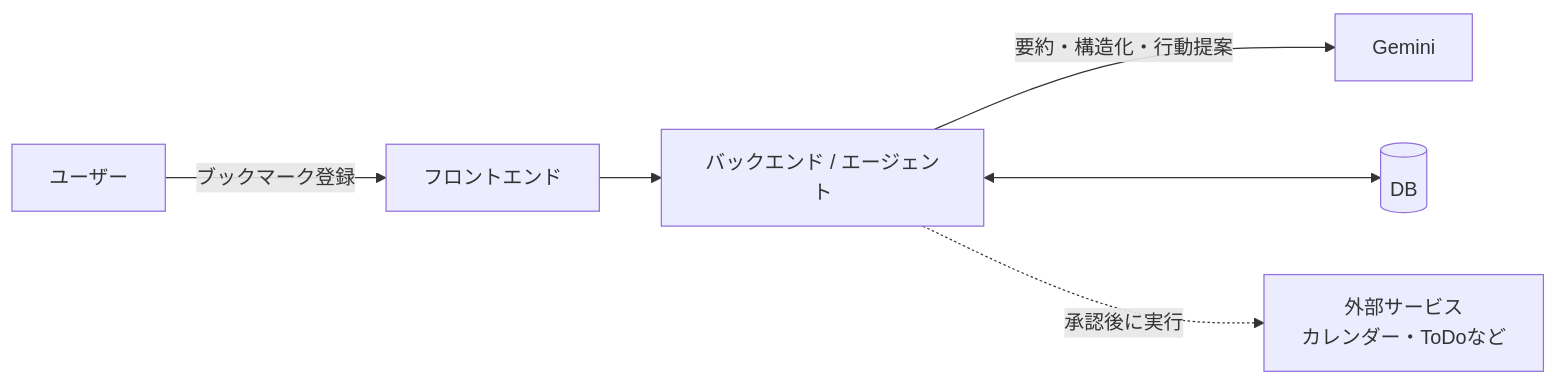
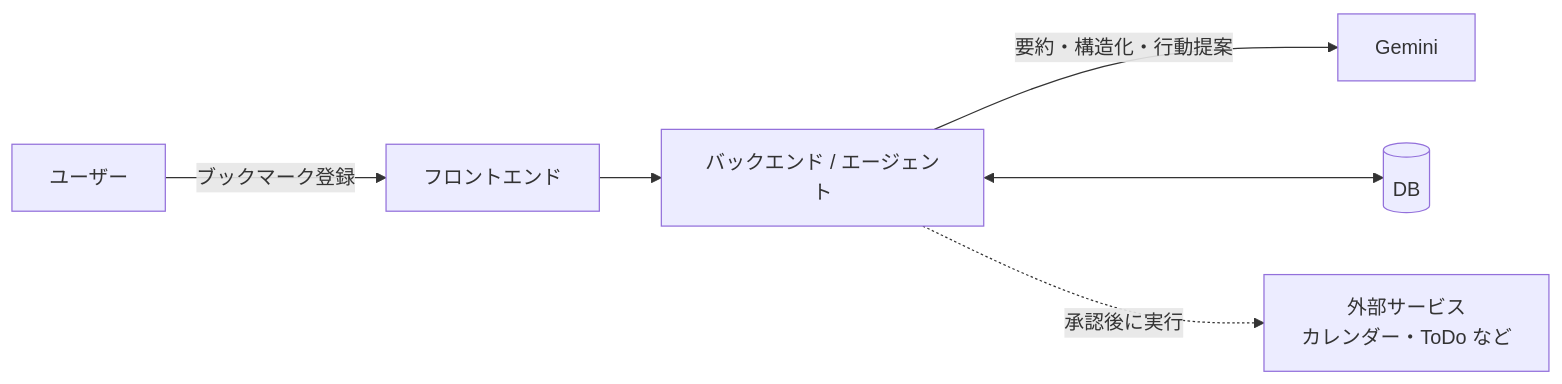
The diagram in docs/architecture.md (Devfest-Hackathon-2026/df-2026-t118), drawn with Mermaid before and after one commit. The commit also changed other lines of this file and 13 other files, not shown here.

````diff
--- a/docs/architecture.md
+++ b/docs/architecture.md
@@ -8,8 +7,8 @@
 ```mermaid
 flowchart LR
     U[ユーザー] -->|ブックマーク登録| F[フロントエンド]
     F --> B[バックエンド / エージェント]
     B -->|要約・構造化・行動提案| G[Gemini]
     B <--> D[(DB)]
-    B -.->|承認後に実行| X[外部サービス<br>カレンダー・ToDoなど]
+    B -.->|承認後に実行| X[外部サービス<br>カレンダー・ToDo など]
 ```
````
